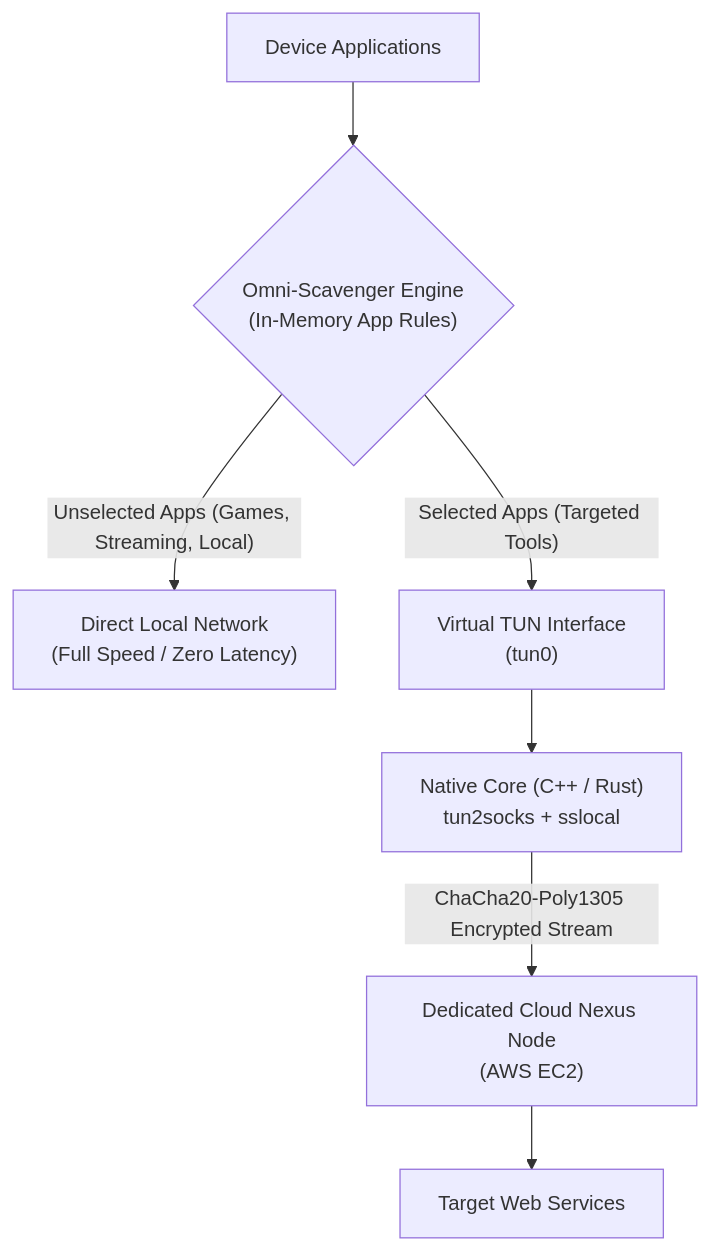
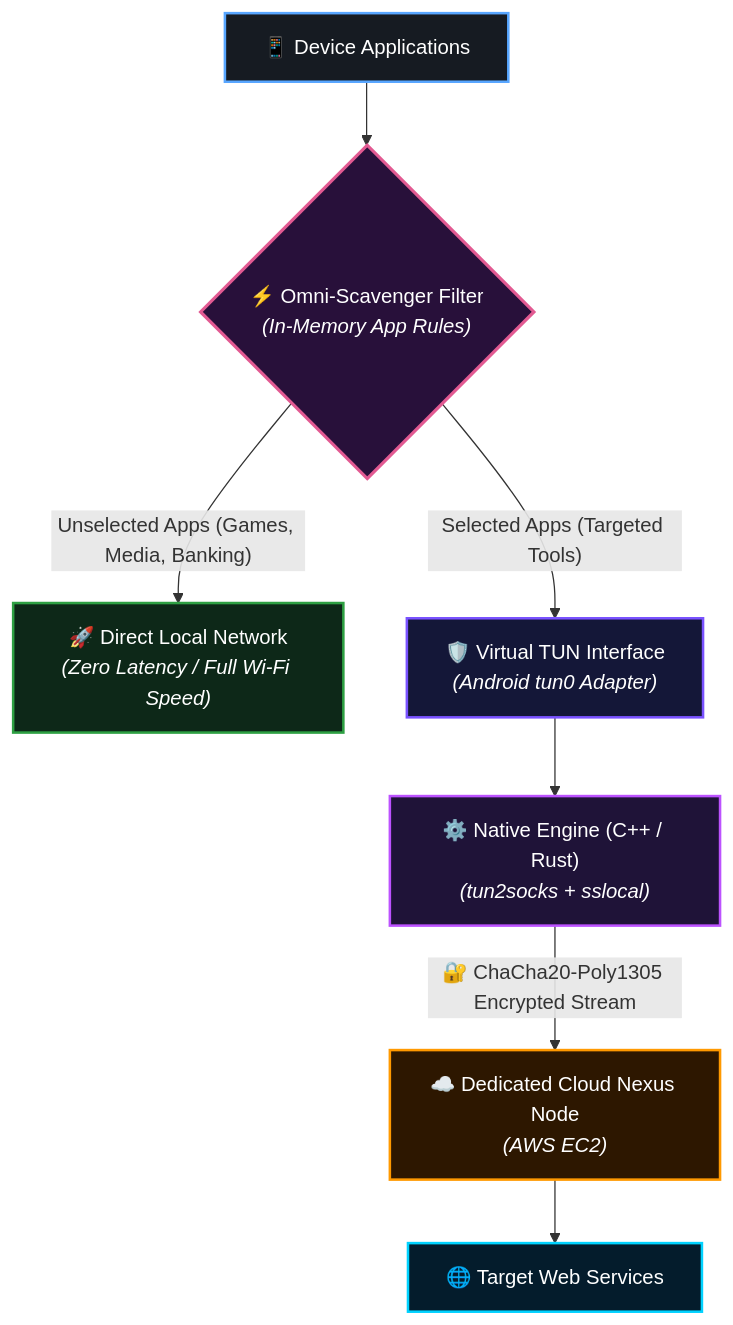
The first of 2 diagrams in README.md (Parth-Chavan-15/VoidCrypt), drawn with Mermaid before and after one commit. The commit also changed other lines of this file, not shown here.

Commit message:
docs: collapse flowcharts by default and add vibrant cyberpunk styling

````diff
--- a/README.md
+++ b/README.md
@@ -56,11 +59,27 @@
 ```mermaid
 flowchart TD
-    App["Device Applications"] --> Filter{"Omni-Scavenger Engine\n(In-Memory App Rules)"}
+    App["📱 Device Applications"] --> Filter{"⚡ Omni-Scavenger Filter<br><i>(In-Memory App Rules)</i>"}
     
-    Filter -- "Unselected Apps (Games, Streaming, Local)" --> Direct["Direct Local Network\n(Full Speed / Zero Latency)"]
-    Filter -- "Selected Apps (Targeted Tools)" --> Tun["Virtual TUN Interface\n(tun0)"]
+    Filter -- "Unselected Apps (Games, Media, Banking)" --> Direct["🚀 Direct Local Network<br><i>(Zero Latency / Full Wi-Fi Speed)</i>"]
+    Filter -- "Selected Apps (Targeted Tools)" --> Tun["🛡️ Virtual TUN Interface<br><i>(Android tun0 Adapter)</i>"]
     
-    Tun --> Native["Native Core (C++ / Rust)\ntun2socks + sslocal"]
-    Native -->|"ChaCha20-Poly1305 Encrypted Stream"| Cloud["Dedicated Cloud Nexus Node\n(AWS EC2)"]
-    Cloud --> Internet["Target Web Services"]
+    Tun --> Native["⚙️ Native Engine (C++ / Rust)<br><i>(tun2socks + sslocal)</i>"]
+    Native -->|"🔐 ChaCha20-Poly1305 Encrypted Stream"| Cloud["☁️ Dedicated Cloud Nexus Node<br><i>(AWS EC2)</i>"]
+    Cloud --> Internet["🌐 Target Web Services"]
+
+    classDef appStyle fill:#161b22,stroke:#58a6ff,stroke-width:2px,color:#ffffff;
+    classDef filterStyle fill:#28103a,stroke:#e25a92,stroke-width:2.5px,color:#ffffff;
+    classDef directStyle fill:#0d2818,stroke:#2ea043,stroke-width:2px,color:#ffffff;
+    classDef tunStyle fill:#141738,stroke:#7952ff,stroke-width:2px,color:#ffffff;
+    classDef nativeStyle fill:#1f1338,stroke:#bc52ff,stroke-width:2px,color:#ffffff;
+    classDef cloudStyle fill:#2d1700,stroke:#ff9900,stroke-width:2px,color:#ffffff;
+    classDef netStyle fill:#041c2c,stroke:#00d2ff,stroke-width:2px,color:#ffffff;
+
+    class App appStyle;
+    class Filter filterStyle;
+    class Direct directStyle;
+    class Tun tunStyle;
+    class Native nativeStyle;
+    class Cloud cloudStyle;
+    class Internet netStyle;
 ```
````
